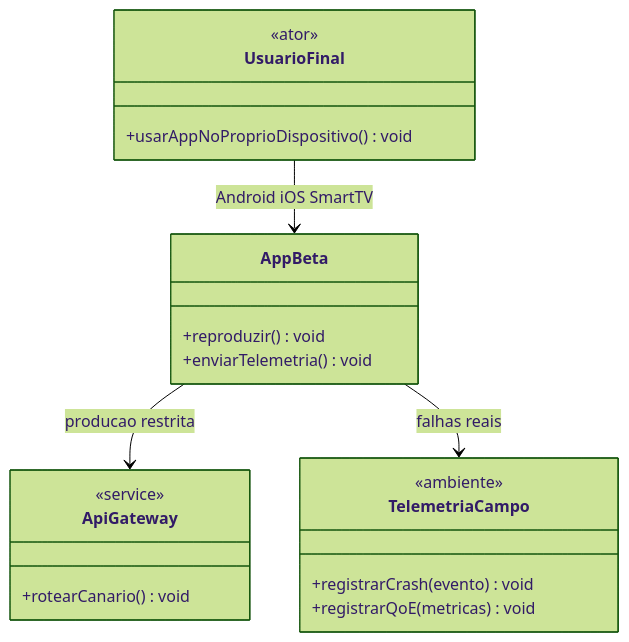
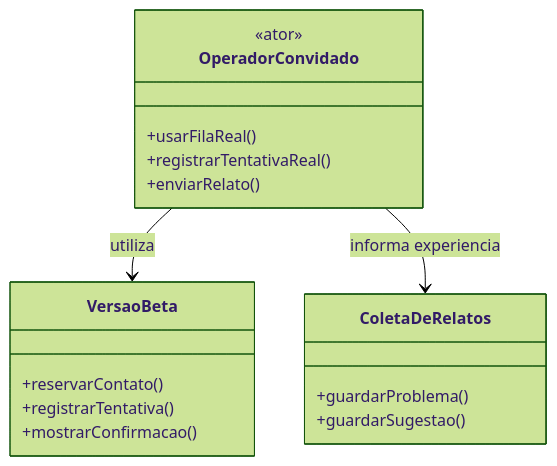
One commit to DiogoBAguiar/atividade-testes-software changed the tenth of 14 diagrams in README.md. Above: the diagram before and after it, drawn with Mermaid (forest theme). The commit also changed other lines of this file and 37 other files, not shown here.

````diff
--- a/README.md
+++ b/README.md
@@ -672,27 +345,21 @@
 ```mermaid
 classDiagram
-    class UsuarioFinal {
+    class OperadorConvidado {
         <<ator>>
-        +usarAppNoProprioDispositivo() void
+        +usarFilaReal()
+        +registrarTentativaReal()
+        +enviarRelato()
+    }
+    class VersaoBeta {
+        +reservarContato()
+        +registrarTentativa()
+        +mostrarConfirmacao()
+    }
+    class ColetaDeRelatos {
+        +guardarProblema()
+        +guardarSugestao()
     }
 
-    class AppBeta {
-        +reproduzir() void
-        +enviarTelemetria() void
-    }
-
-    class ApiGateway {
-        <<service>>
-        +rotearCanario() void
-    }
-
-    class TelemetriaCampo {
-        <<ambiente>>
-        +registrarCrash(evento) void
-        +registrarQoE(metricas) void
-    }
-
-    UsuarioFinal --> AppBeta : Android iOS SmartTV
-    AppBeta --> ApiGateway : producao restrita
-    AppBeta --> TelemetriaCampo : falhas reais
+    OperadorConvidado --> VersaoBeta : utiliza
+    OperadorConvidado --> ColetaDeRelatos : informa experiencia
 ```
````
